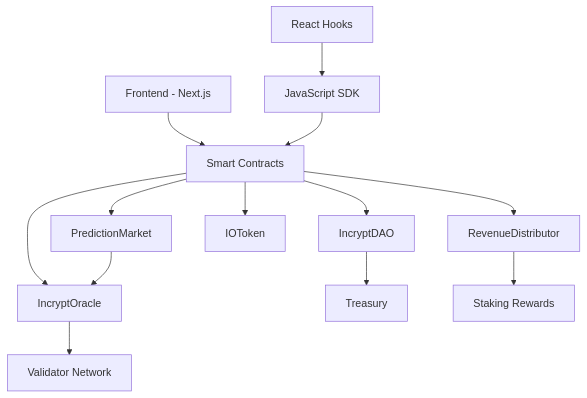
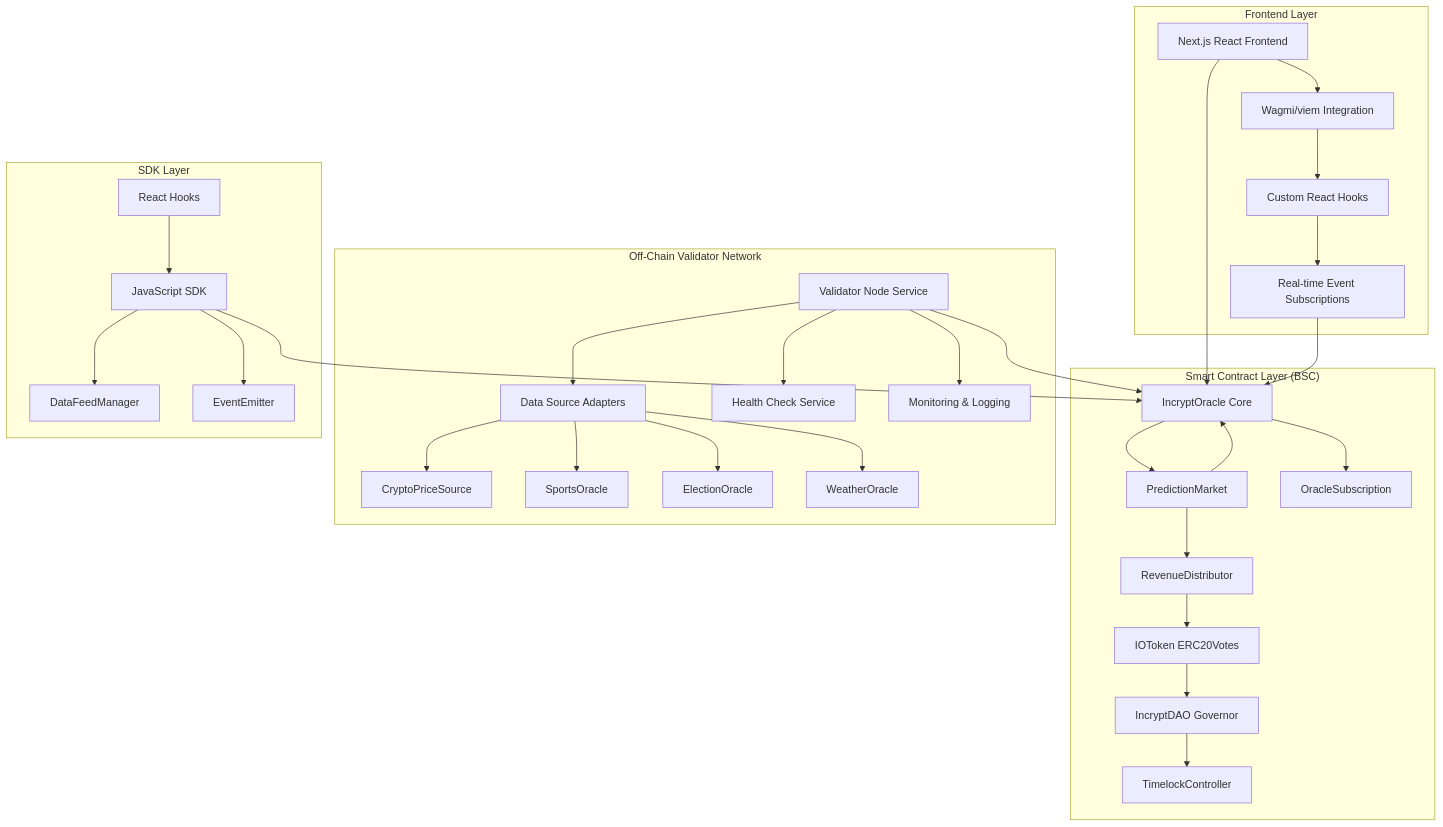
Before and after one commit to GHX5T-SOL/IncryptOracle: the diagram in README.md, drawn with Mermaid. The commit also changed other lines of this file and 40 other files, not shown here.

````diff
--- a/README.md
+++ b/README.md
@@ -70,17 +153,39 @@
 ```mermaid
 graph TB
-    A[Frontend - Next.js] --> B[Smart Contracts]
-    B --> C[IncryptOracle]
-    B --> D[PredictionMarket] 
-    B --> E[IncryptDAO]
-    B --> F[IOToken]
-    B --> G[RevenueDistributor]
+    subgraph "Frontend Layer"
+        A[Next.js React Frontend] --> B[Wagmi/viem Integration]
+        B --> C[Custom React Hooks]
+        C --> D[Real-time Event Subscriptions]
+    end
     
-    C --> H[Validator Network]
-    D --> C
-    E --> I[Treasury]
-    G --> J[Staking Rewards]
+    subgraph "Smart Contract Layer (BSC)"
+        E[IncryptOracle Core] --> F[PredictionMarket]
+        E --> G[OracleSubscription]
+        F --> E
+        H[IOToken ERC20Votes] --> I[IncryptDAO Governor]
+        I --> J[TimelockController]
+        F --> K[RevenueDistributor]
+        K --> H
+    end
     
-    K[JavaScript SDK] --> B
-    L[React Hooks] --> K
+    subgraph "Off-Chain Validator Network"
+        L[Validator Node Service] --> M[Data Source Adapters]
+        M --> N[CryptoPriceSource]
+        M --> O[SportsOracle]
+        M --> P[ElectionOracle]
+        M --> Q[WeatherOracle]
+        L --> R[Health Check Service]
+        L --> S[Monitoring & Logging]
+    end
+    
+    subgraph "SDK Layer"
+        T[JavaScript SDK] --> U[DataFeedManager]
+        T --> V[EventEmitter]
+        W[React Hooks] --> T
+    end
+    
+    A --> E
+    L --> E
+    T --> E
+    D --> E
 ```
````
